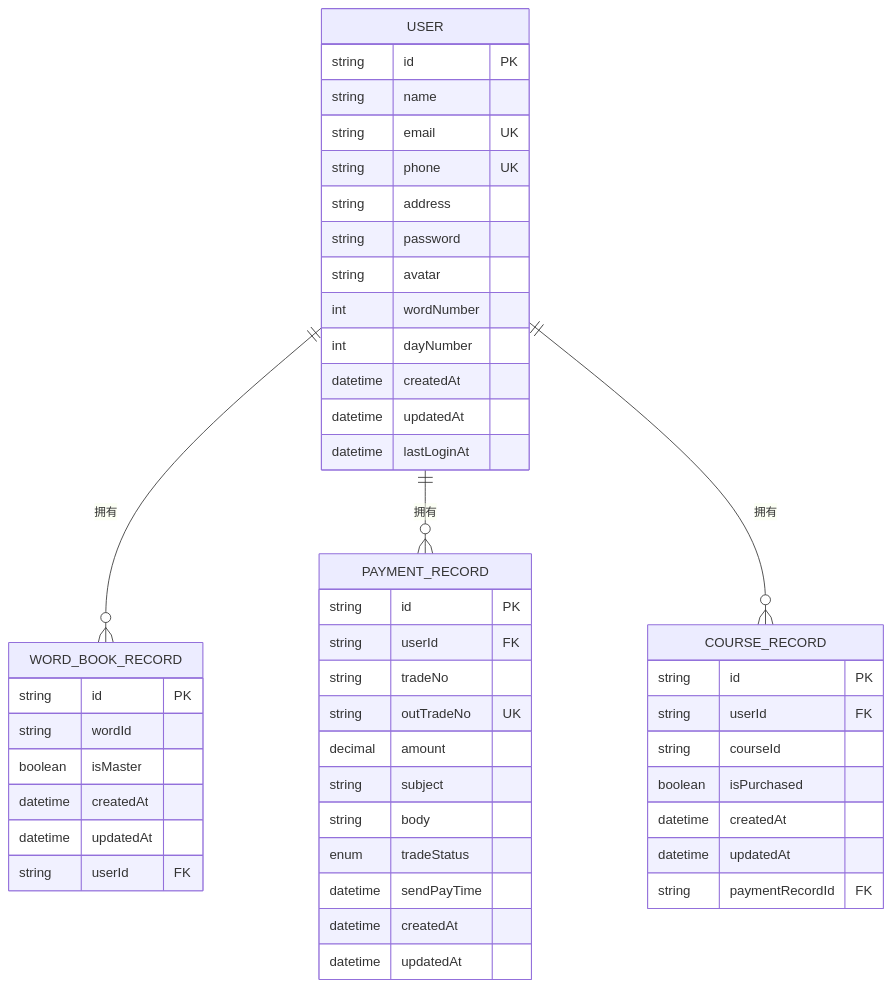
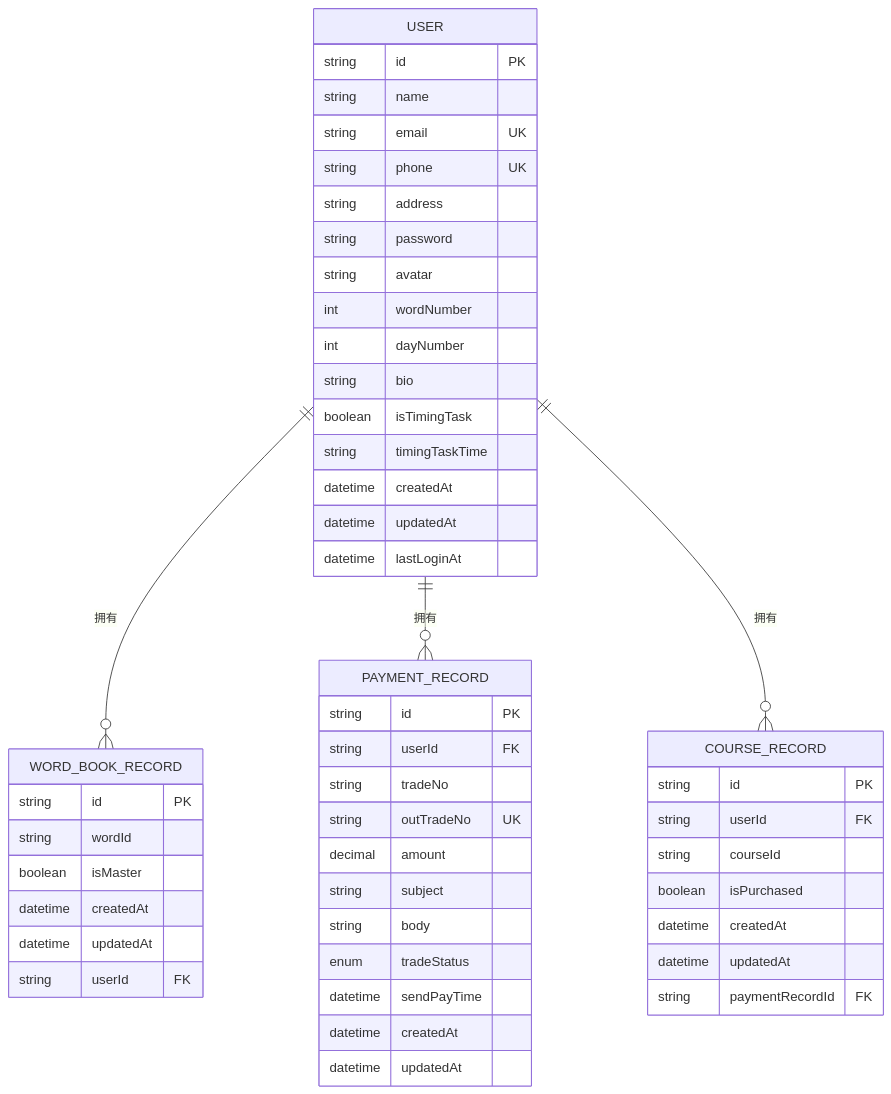
Before and after one commit to LihaoZDB/English-Study: the third of 4 diagrams in .qoder/repowiki/zh/content/后端开发/核心业务服务/用户管理系统/用户管理系统.md, drawn with Mermaid. The commit also changed other lines of this file and 9 other files, not shown here.

````diff
--- a/.qoder/repowiki/zh/content/后端开发/核心业务服务/用户管理系统/用户管理系统.md
+++ b/.qoder/repowiki/zh/content/后端开发/核心业务服务/用户管理系统/用户管理系统.md
@@ -218,50 +255,53 @@
 ```mermaid
 erDiagram
 USER {
 string id PK
 string name
 string email UK
 string phone UK
 string address
 string password
 string avatar
 int wordNumber
 int dayNumber
+string bio
+boolean isTimingTask
+string timingTaskTime
 datetime createdAt
 datetime updatedAt
 datetime lastLoginAt
 }
 WORD_BOOK_RECORD {
 string id PK
 string wordId
 boolean isMaster
 datetime createdAt
 datetime updatedAt
 string userId FK
 }
 PAYMENT_RECORD {
 string id PK
 string userId FK
 string tradeNo
 string outTradeNo UK
 decimal amount
 string subject
 string body
 enum tradeStatus
 datetime sendPayTime
 datetime createdAt
 datetime updatedAt
 }
 COURSE_RECORD {
 string id PK
 string userId FK
 string courseId
 boolean isPurchased
 datetime createdAt
 datetime updatedAt
 string paymentRecordId FK
 }
 USER ||--o{ WORD_BOOK_RECORD : "拥有"
 USER ||--o{ PAYMENT_RECORD : "拥有"
 USER ||--o{ COURSE_RECORD : "拥有"
 ```
````
